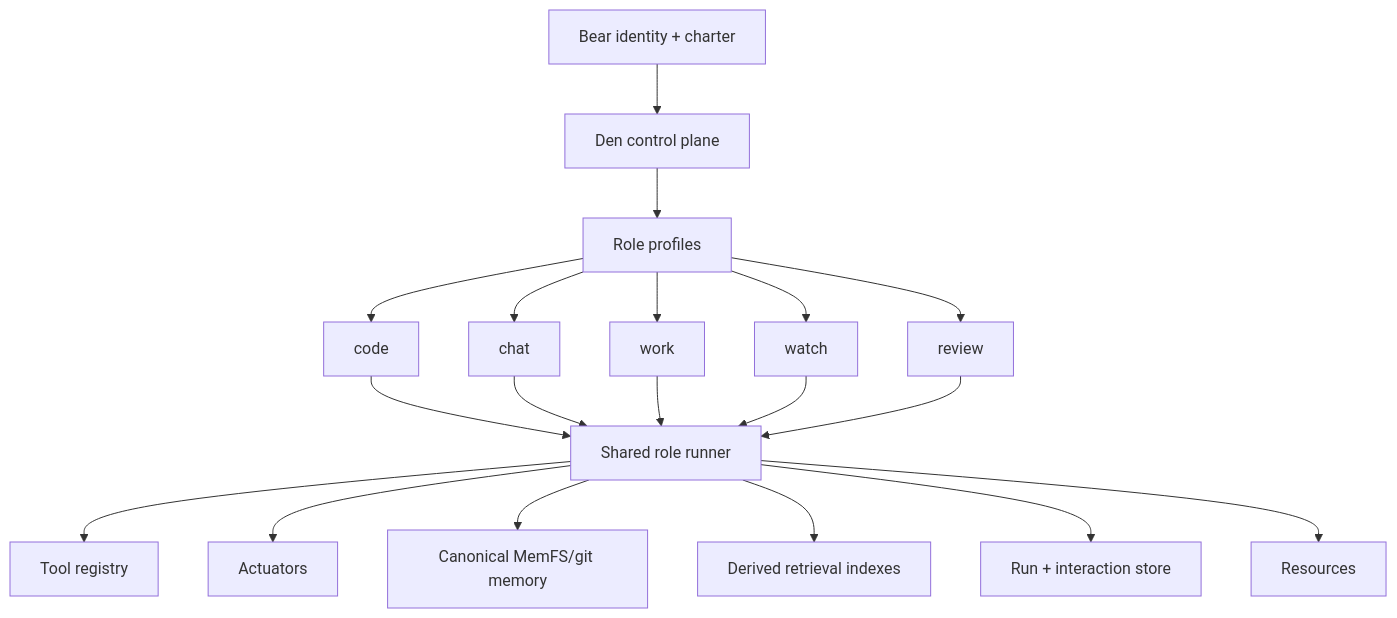
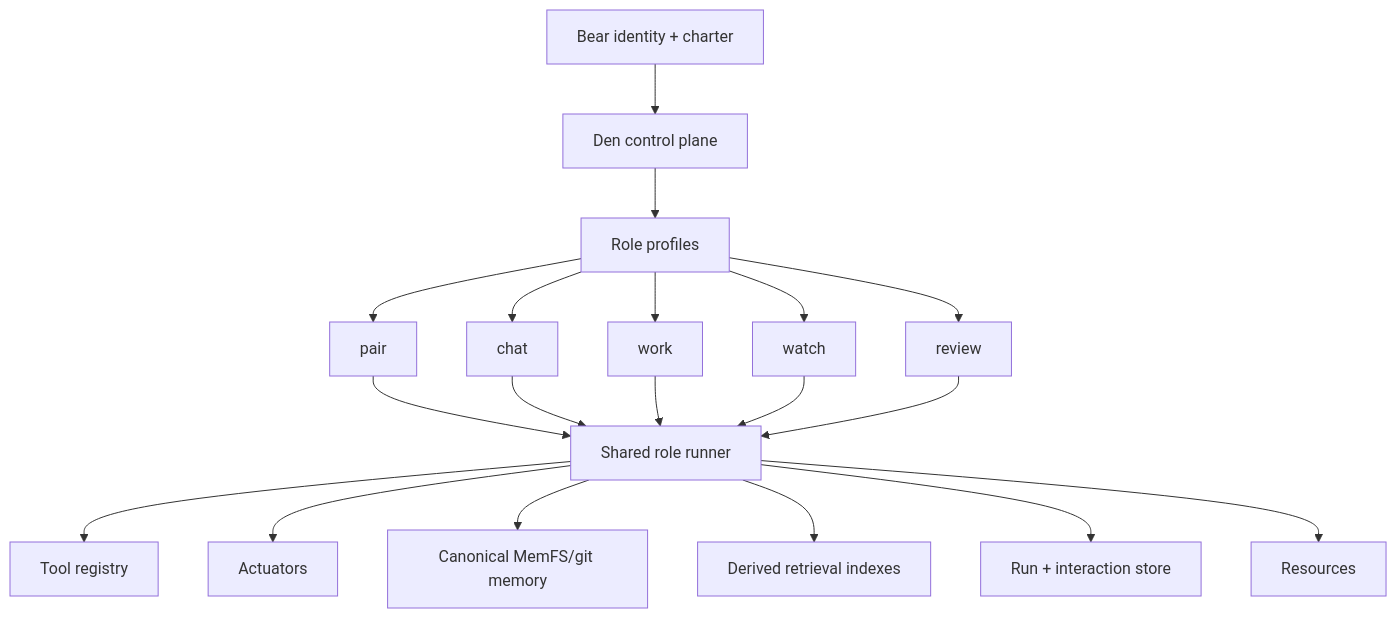
One commit to bears-ai/bear-den changed the diagram in docs/guides/letta-migration-plan.md. Above: the diagram before and after it, drawn with Mermaid. The commit also changed other lines of this file, not shown here.

````diff
--- a/docs/guides/letta-migration-plan.md
+++ b/docs/guides/letta-migration-plan.md
@@ -222,21 +294,21 @@
 ```mermaid
 graph TD
     Bear[Bear identity + charter] --> Den[Den control plane]
     Den --> Profiles[Role profiles]
-    Profiles --> Code[code]
+    Profiles --> Pair[pair]
     Profiles --> Chat[chat]
     Profiles --> Work[work]
     Profiles --> Watch[watch]
     Profiles --> Review[review]
-    Code --> Runner[Shared role runner]
+    Pair --> Runner[Shared role runner]
     Chat --> Runner
     Work --> Runner
     Watch --> Runner
     Review --> Runner
     Runner --> Tools[Tool registry]
     Runner --> Actuators[Actuators]
     Runner --> Memory[Canonical MemFS/git memory]
     Runner --> Retrieval[Derived retrieval indexes]
     Runner --> Store[Run + interaction store]
     Runner --> Resources[Resources]
 ```
````
